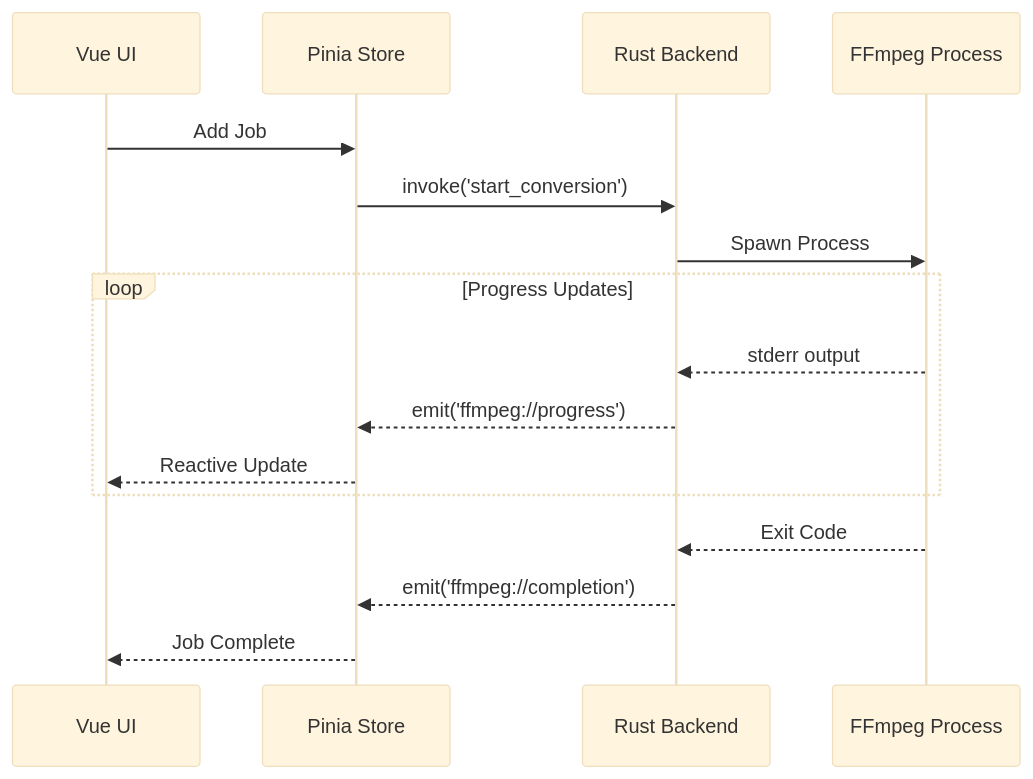
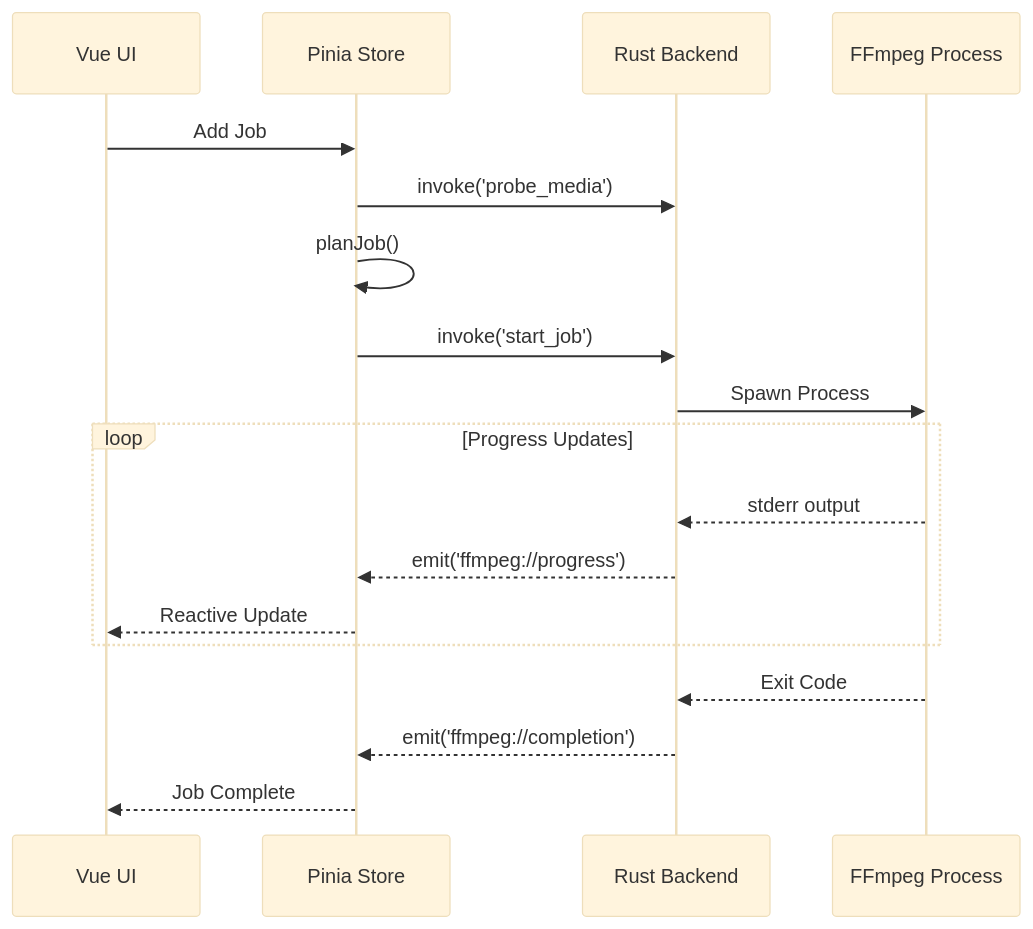
Before and after one commit to honeymelon-app/honeymelon: the second of 5 diagrams in docs/architecture/overview.md, drawn with Mermaid (base theme). The commit also changed other lines of this file and 6 other files, not shown here.

Commit message:
docs: update architecture and pipeline documentation for clarity and accuracy

````diff
--- a/docs/architecture/overview.md
+++ b/docs/architecture/overview.md
@@ -110,20 +110,22 @@
 ```mermaid
 sequenceDiagram
     participant UI as Vue UI
     participant Store as Pinia Store
     participant Backend as Rust Backend
     participant FFmpeg as FFmpeg Process
 
     UI->>Store: Add Job
-    Store->>Backend: invoke('start_conversion')
+    Store->>Backend: invoke('probe_media')
+    Store->>Store: planJob()
+    Store->>Backend: invoke('start_job')
     Backend->>FFmpeg: Spawn Process
     loop Progress Updates
         FFmpeg-->>Backend: stderr output
         Backend-->>Store: emit('ffmpeg://progress')
         Store-->>UI: Reactive Update
     end
     FFmpeg-->>Backend: Exit Code
     Backend-->>Store: emit('ffmpeg://completion')
     Store-->>UI: Job Complete
 
 ```
````
